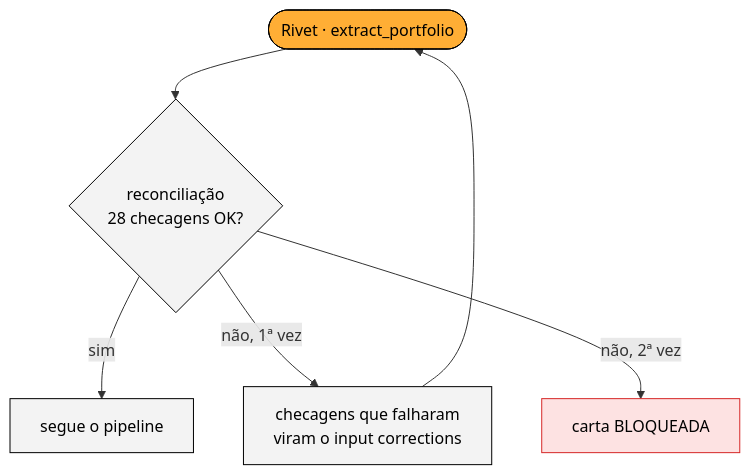
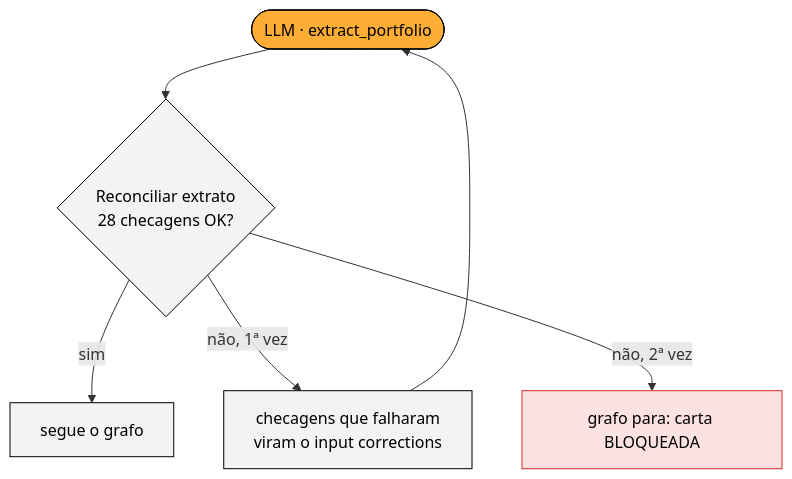
Before and after one commit to eu-adrianocarvalho/enter-challenge: the first of 3 diagrams in docs/06_qualidade_e_travas.md, drawn with Mermaid. The commit also changed other lines of this file and 35 other files, not shown here.

````diff
--- a/docs/06_qualidade_e_travas.md
+++ b/docs/06_qualidade_e_travas.md
@@ -19,14 +19,13 @@
 ```mermaid
 flowchart TD
-  A(["Rivet · extract_portfolio"]) --> B{"reconciliação<br/>28 checagens OK?"}
-  B -- sim --> C["segue o pipeline"]
+  A(["LLM · extract_portfolio"]) --> B{"Reconciliar extrato<br/>28 checagens OK?"}
+  B -- sim --> C["segue o grafo"]
   B -- "não, 1ª vez" --> D["checagens que falharam<br/>viram o input corrections"] --> A
-  B -- "não, 2ª vez" --> E["carta BLOQUEADA"]
+  B -- "não, 2ª vez" --> E["grafo para: carta BLOQUEADA"]
   classDef rivet fill:#ffae35,stroke:#000,color:#000
-  classDef py fill:#f3f3f3,stroke:#000,color:#000
-  classDef io fill:#171717,stroke:#171717,color:#fff
+  classDef code fill:#f3f3f3,stroke:#000,color:#000
   classDef bad fill:#fde2e2,stroke:#d62828,color:#000
   class A rivet
-  class B,C,D py
+  class B,C,D code
   class E bad
 ```
````
